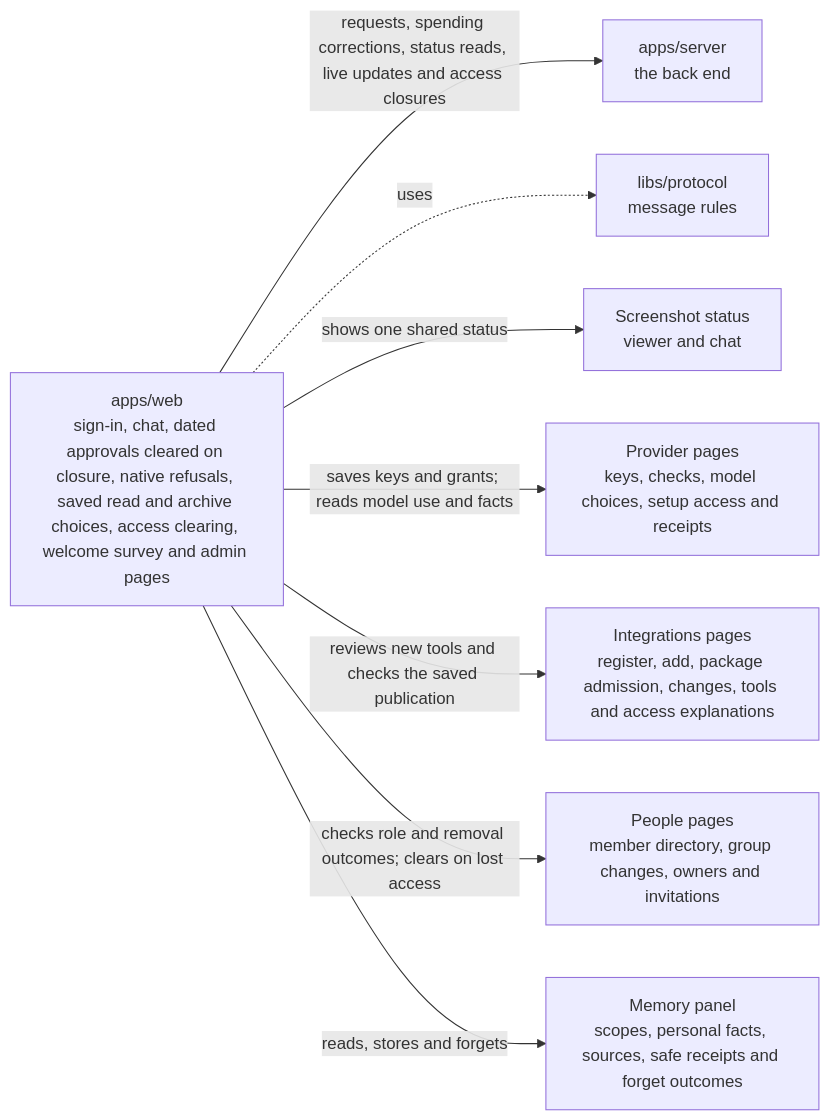
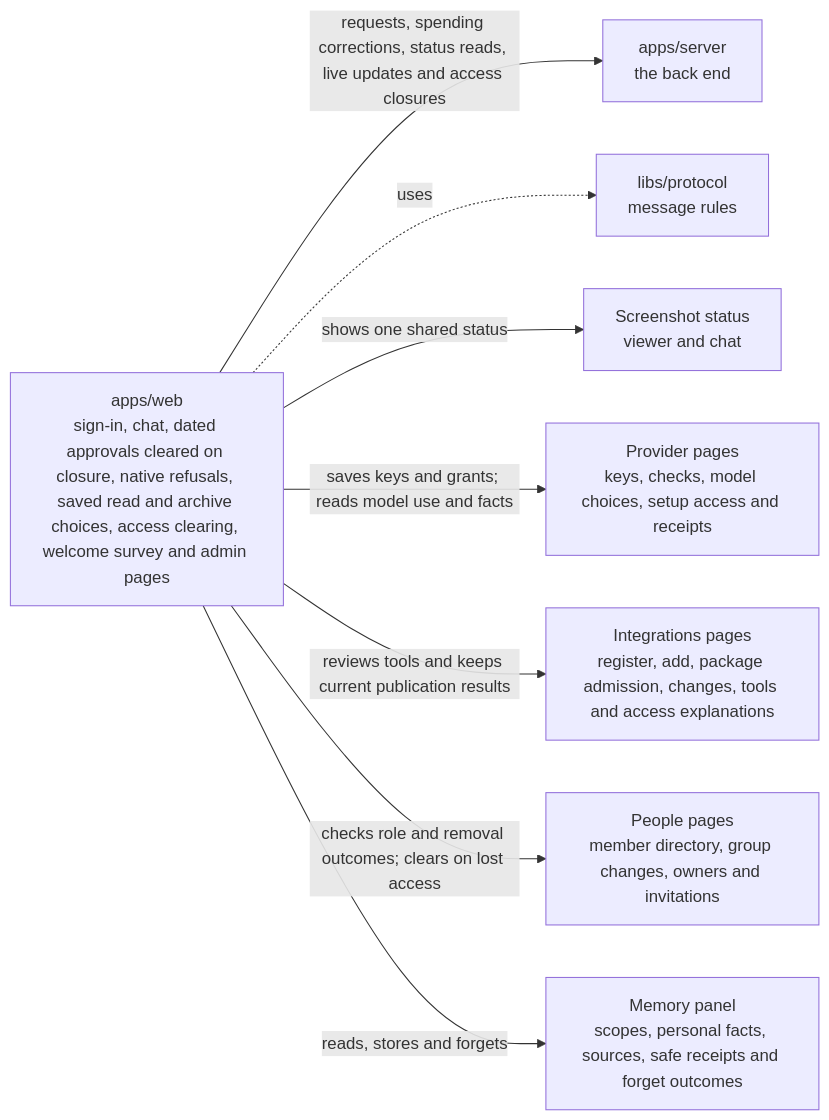
One commit to elewa-git/opencrane-new changed the diagram in apps/web/README.md. Above: the diagram before and after it, drawn with Mermaid. The commit also changed other lines of this file and 10 other files, not shown here.

````diff
--- a/apps/web/README.md
+++ b/apps/web/README.md
@@ -11,10 +11,10 @@
 ```mermaid
 flowchart LR
   web["apps/web<br/>sign-in, chat, dated approvals cleared on closure, native refusals, saved read and archive choices, access clearing, welcome survey and admin pages"] -->|requests, spending corrections, status reads, live updates and access closures| server["apps/server<br/>the back end"]
   web -.->|uses| protocol["libs/protocol<br/>message rules"]
   web -->|shows one shared status| capture["Screenshot status<br/>viewer and chat"]
   web -->|saves keys and grants; reads model use and facts| providers["Provider pages<br/>keys, checks, model choices, setup access and receipts"]
-  web -->|reviews new tools and checks the saved publication| integrations["Integrations pages<br/>register, add, package admission, changes, tools and access explanations"]
+  web -->|reviews tools and keeps current publication results| integrations["Integrations pages<br/>register, add, package admission, changes, tools and access explanations"]
   web -->|checks role and removal outcomes; clears on lost access| people["People pages<br/>member directory, group changes, owners and invitations"]
   web -->|reads, stores and forgets| memory["Memory panel<br/>scopes, personal facts, sources, safe receipts and forget outcomes"]
 ```
````
